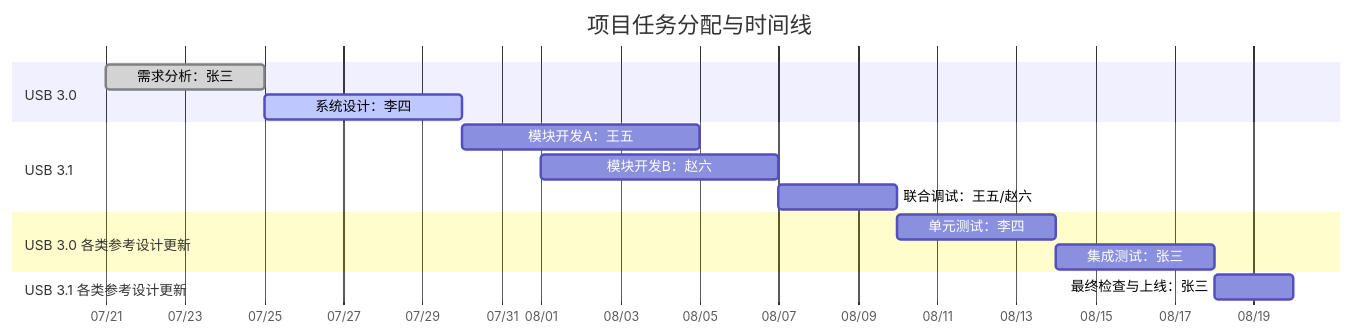
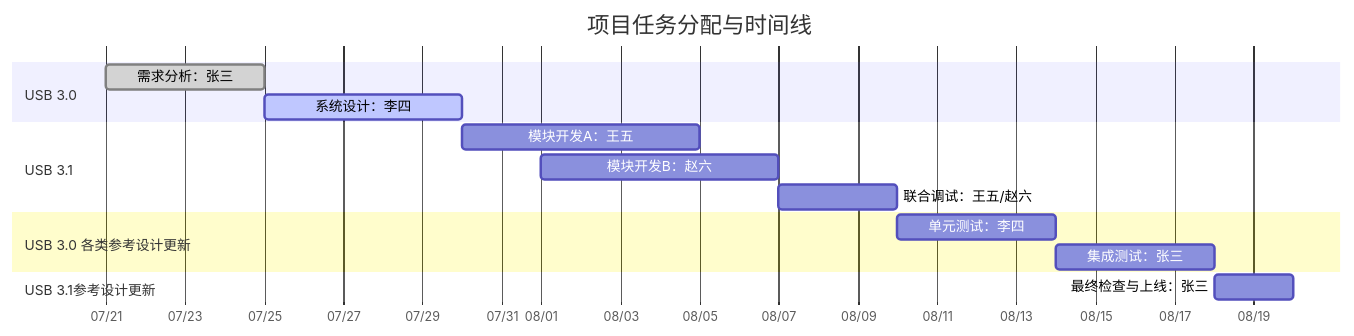
One commit to winsonbook/iodraw-files changed the diagram in all/未命名.md. Above: the diagram before and after it, drawn with Mermaid.

Commit message:
2025-07-21 09:40:58 update

````diff
--- a/all/未命名.md
+++ b/all/未命名.md
@@ -1,23 +1,23 @@
 ```mermaid
 gantt
     title 项目任务分配与时间线
     dateFormat  YYYY-MM-DD
     axisFormat  %m/%d
 
     section USB 3.0
     需求分析：张三       :done,    task1, 2025-07-21, 4d
     系统设计：李四       :active,  task2, 2025-07-25, 5d
 
     section USB 3.1
     模块开发A：王五      :         task3, 2025-07-30, 6d
     模块开发B：赵六      :         task4, 2025-08-01, 6d
     联合调试：王五/赵六  :         task5, 2025-08-07, 3d
 
     section USB 3.0 各类参考设计更新
     单元测试：李四       :         task6, 2025-08-10, 4d
     集成测试：张三       :         task7, 2025-08-14, 4d
 
-    section USB 3.1 各类参考设计更新
+    section USB 3.1参考设计更新
     最终检查与上线：张三 :         task8, 2025-08-18, 2d
 
 ```
````
